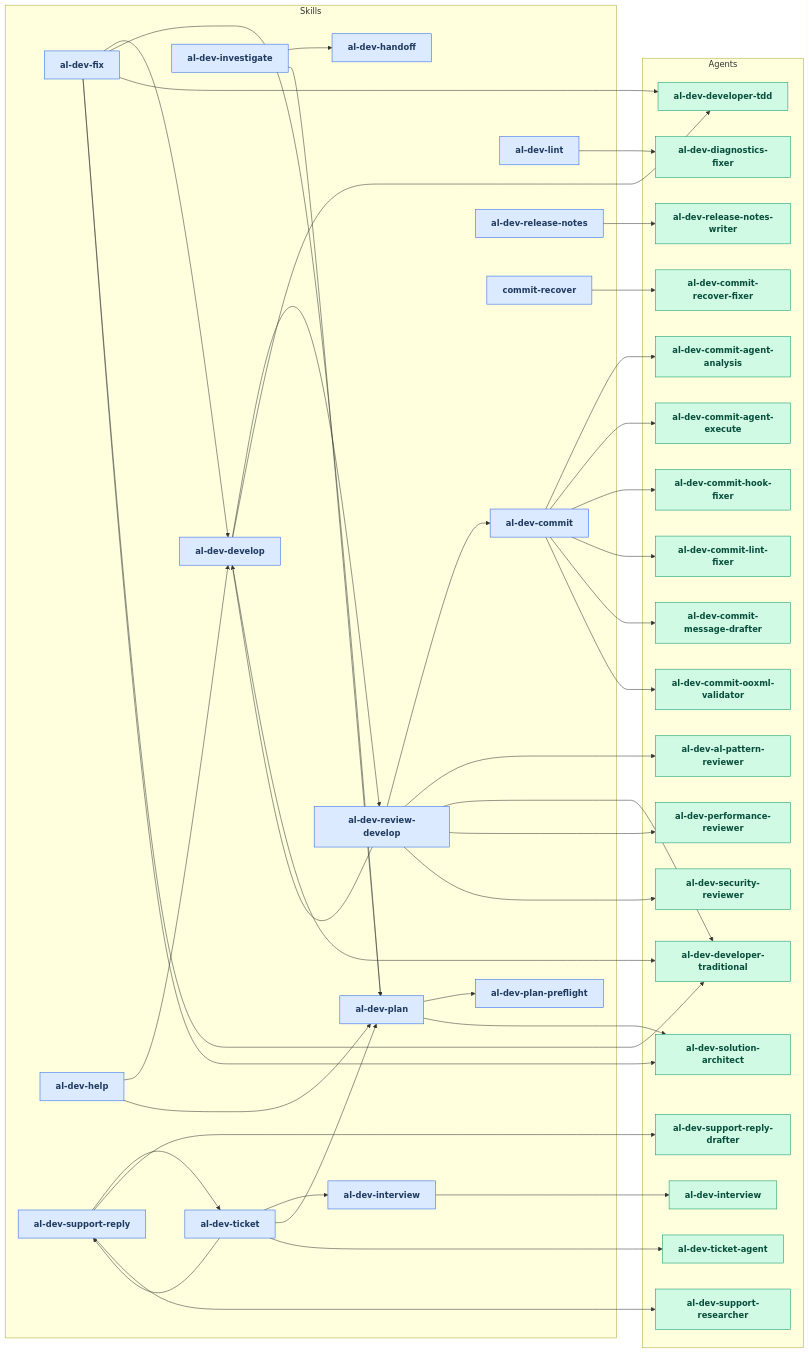
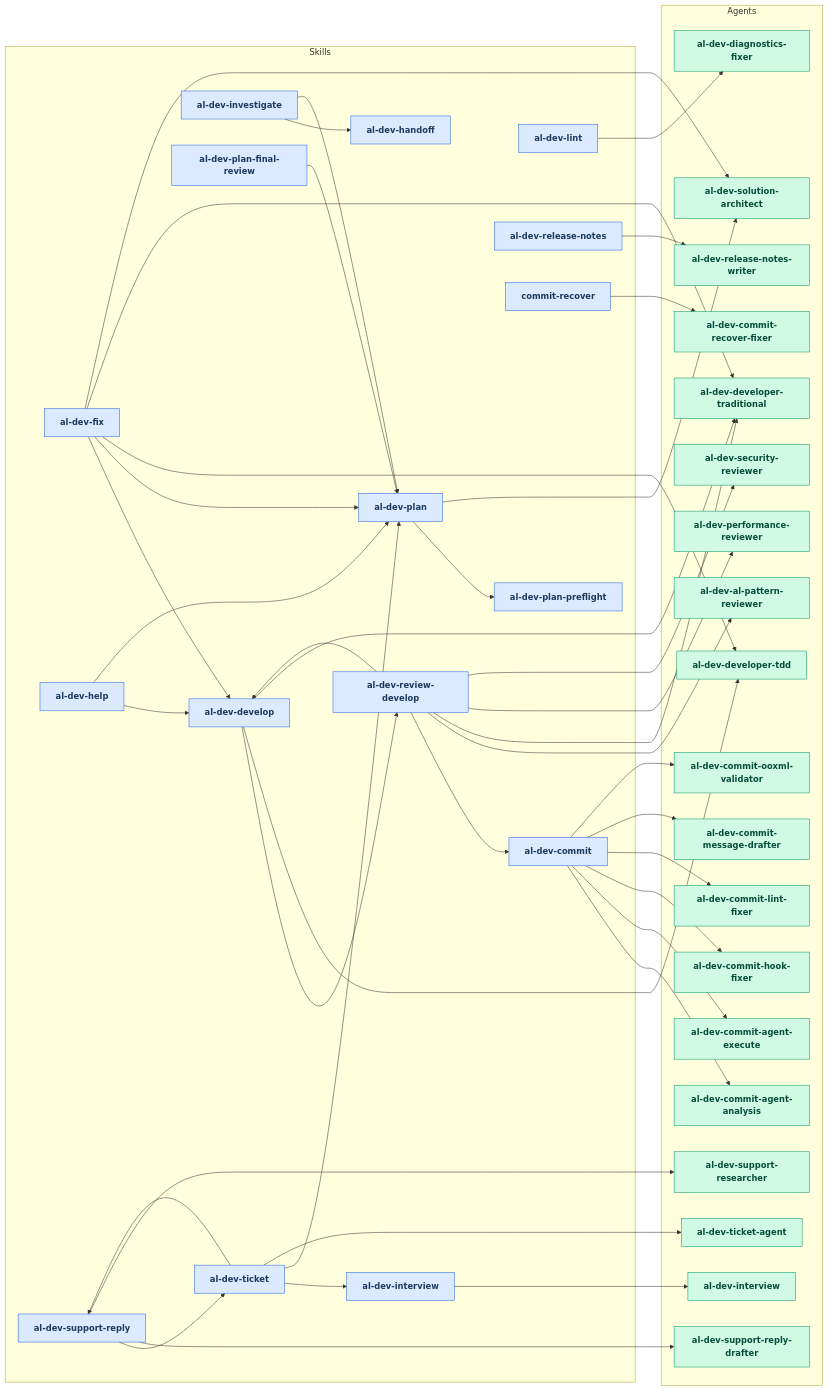
The first of 2 diagrams in docs/al-dev-workflow-diagrams.md (russell-laing/al-dev-shared), drawn with Mermaid before and after one commit. The commit also changed other lines of this file and 2 other files, not shown here.

Commit message:
docs: sync documentation maps with current codebase
- Add al-dev-plan-final-review Layer 2 section to skills map
- Fix al-dev-plan phase count (Phase 5, not Phase 7)
- Fix al-dev-commit-message-drafter model (haiku, not sonnet) in agent map
- Regenerate Mermaid diagrams and workflow diagrams

```diff
--- a/docs/al-dev-workflow-diagrams.md
+++ b/docs/al-dev-workflow-diagrams.md
@@ -21,6 +21,7 @@
         skill_al_dev_investigate[al-dev-investigate]
         skill_al_dev_lint[al-dev-lint]
         skill_al_dev_plan[al-dev-plan]
+        skill_al_dev_plan_final_review[al-dev-plan-final-review]
         skill_al_dev_plan_preflight[al-dev-plan-preflight]
         skill_al_dev_release_notes[al-dev-release-notes]
         skill_al_dev_review_develop[al-dev-review-develop]
@@ -58,6 +59,7 @@
     skill_al_dev_investigate --> skill_al_dev_handoff
     skill_al_dev_investigate --> skill_al_dev_plan
     skill_al_dev_plan --> skill_al_dev_plan_preflight
+    skill_al_dev_plan_final_review --> skill_al_dev_plan
     skill_al_dev_review_develop --> skill_al_dev_commit
     skill_al_dev_review_develop --> skill_al_dev_develop
     skill_al_dev_support_reply --> skill_al_dev_ticket
@@ -97,6 +99,7 @@
     class skill_al_dev_investigate skillNode
     class skill_al_dev_lint skillNode
     class skill_al_dev_plan skillNode
+    class skill_al_dev_plan_final_review skillNode
     class skill_al_dev_plan_preflight skillNode
     class skill_al_dev_release_notes skillNode
     class skill_al_dev_review_develop skillNode
```
